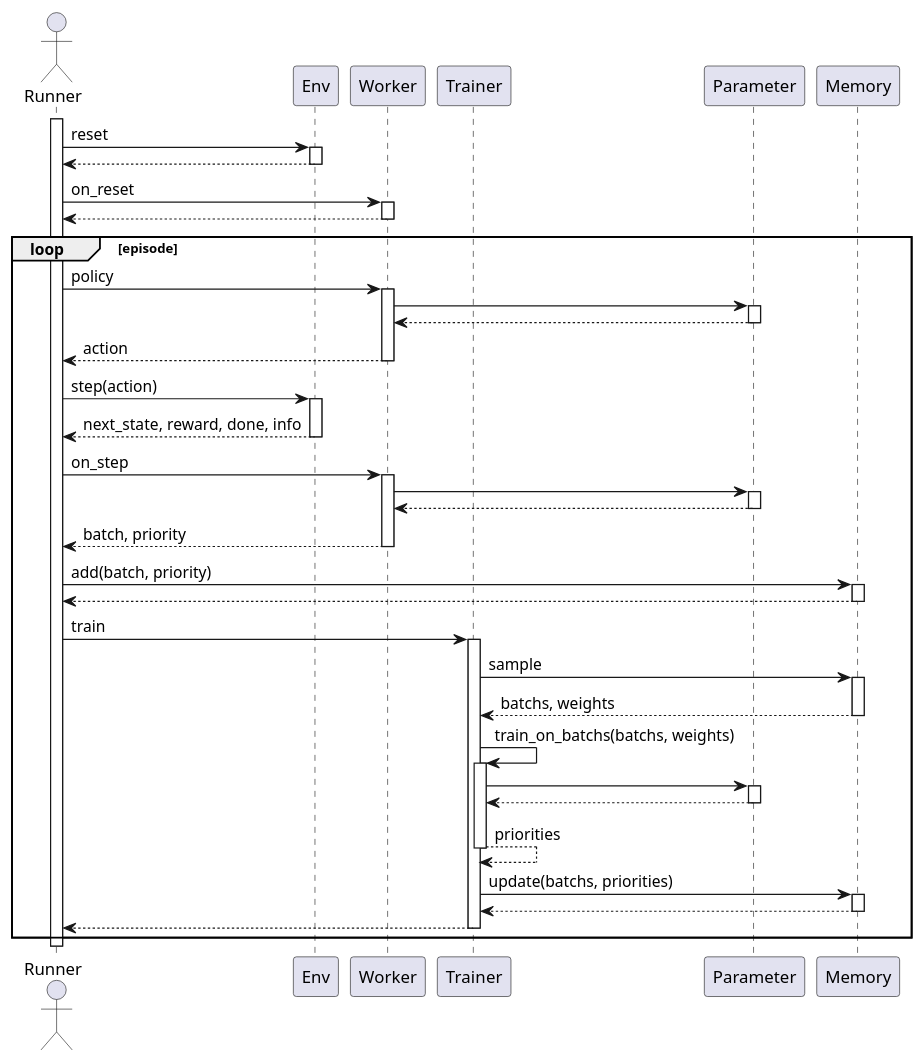
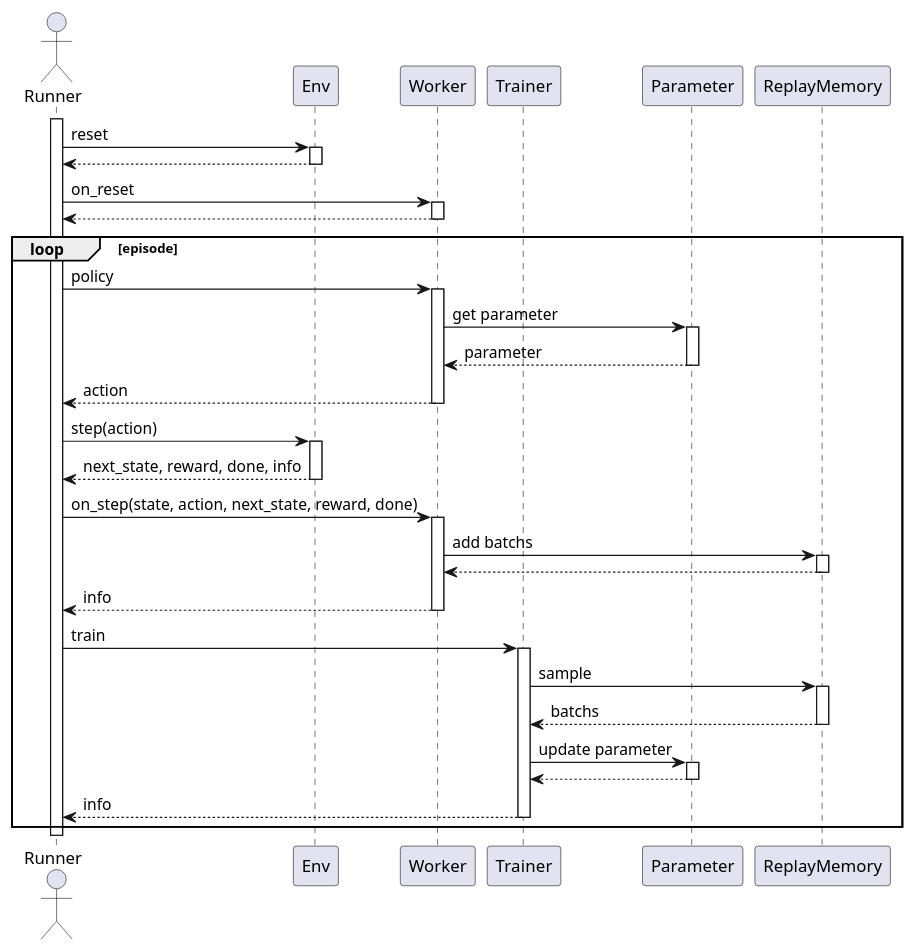
The diagram in diagrams/sync_flow.pu (pocokhc/simple_distributed_rl), drawn with PlantUML before and after one commit. The commit also changed 47 other files, not shown here.

```diff
--- a/diagrams/sync_flow.pu
+++ b/diagrams/sync_flow.pu
@@ -1,49 +1,43 @@
 @startuml
 autoactivate on
 
 actor Runner
 participant Env
 participant Worker
 participant Trainer
 participant Parameter
-participant Memory
+participant ReplayMemory
 
 
 activate Runner
 
 Runner -> Env: reset
 return
 Runner -> Worker: on_reset
 return
 
 loop episode
     Runner -> Worker: policy
-        Worker -> Parameter
-        return
+        Worker -> Parameter: get parameter
+        return parameter
     return action
     Runner -> Env: step(action)
     return next_state, reward, done, info
 
-    Runner -> Worker: on_step
-        Worker -> Parameter
+    Runner -> Worker: on_step(state, action, next_state, reward, done)
+        Worker -> ReplayMemory: add batchs
         return
-    return batch, priority
-    
-    Runner -> Memory: add(batch, priority)
-    return
+    return info
 
     Runner -> Trainer: train
-        Trainer -> Memory: sample
-        return batchs, weights
-        Trainer -> Trainer: train_on_batchs(batchs, weights)
-            Trainer -> Parameter: 
-            return
-        return priorities
-        Trainer -> Memory: update(batchs, priorities)
+        Trainer -> ReplayMemory: sample
+        return batchs
+
+        Trainer -> Parameter: update parameter
         return
-    return
+    return info
 
 end
 deactivate Runner
 
 @enduml
```
